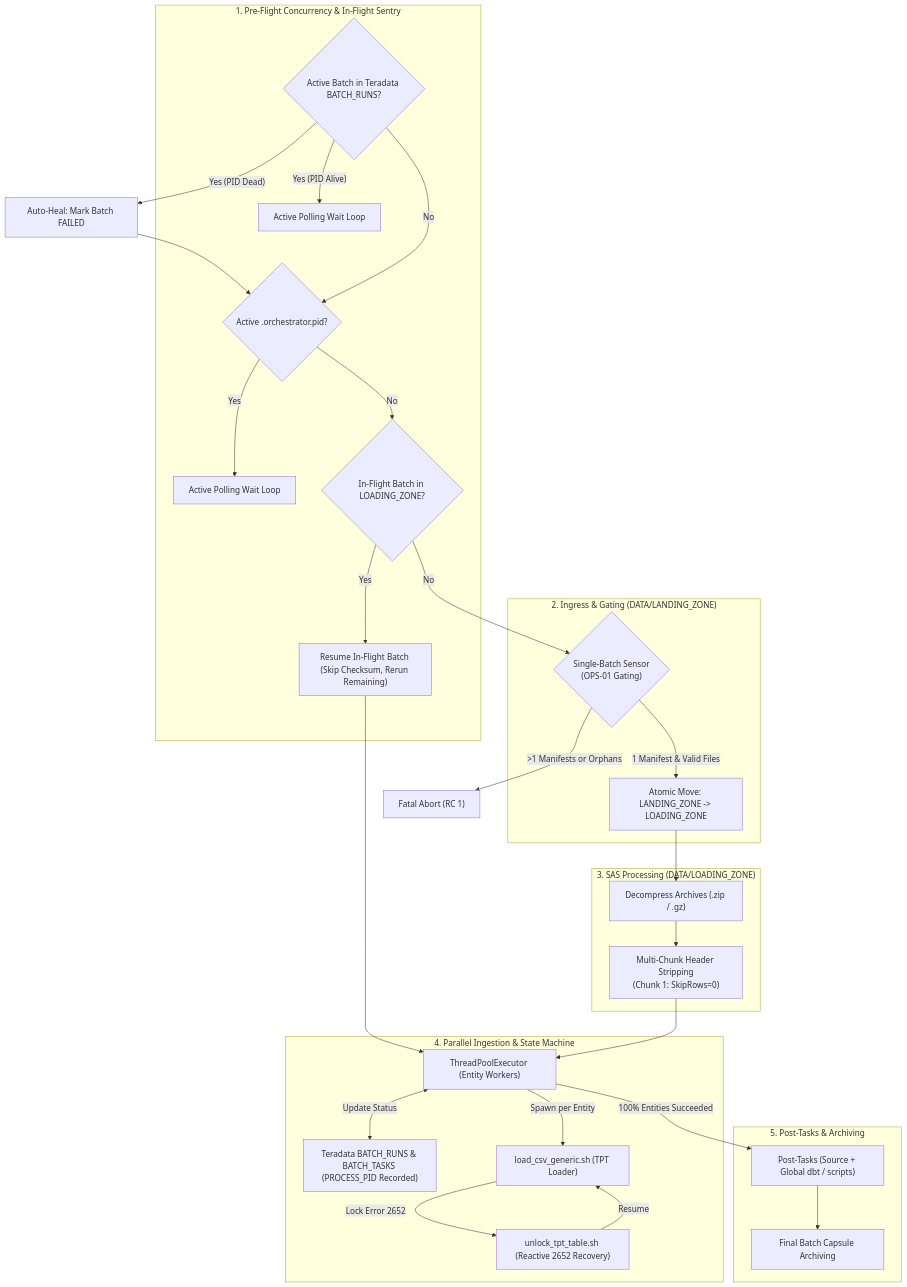
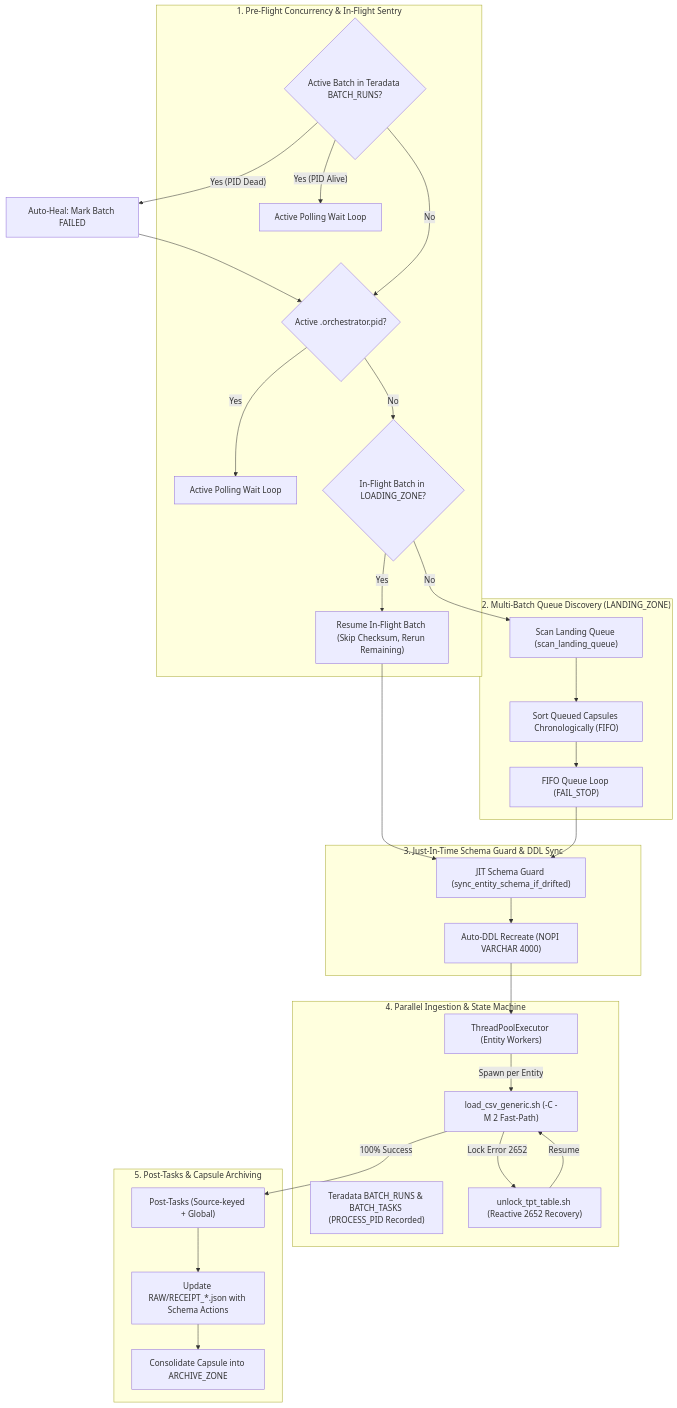
The diagram in docs/01_user_how_to_guide.md (manisadegh/DATA_INGESTION_ORCHESTRATOR), drawn with Mermaid before and after one commit. The commit also changed other lines of this file and 5 other files, not shown here.

Commit message:
feat(orchestrator): implement multi-batch FIFO queue consumer, JIT schema guard, and descriptor validation

````diff
--- a/docs/01_user_how_to_guide.md
+++ b/docs/01_user_how_to_guide.md
@@ -7,47 +7,47 @@
 ```mermaid
 flowchart TD
     subgraph SENTRY["1. Pre-Flight Concurrency & In-Flight Sentry"]
         DBSentry{"Active Batch in Teradata BATCH_RUNS?"}
         WaitDB["Active Polling Wait Loop"]
         PIDSentry{"Active .orchestrator.pid?"}
         WaitPID["Active Polling Wait Loop"]
         InFlightCheck{"In-Flight Batch in LOADING_ZONE?"}
         ResumeInFlight["Resume In-Flight Batch (Skip Checksum, Rerun Remaining)"]
     end
 
-    subgraph INGRESS["2. Ingress & Gating (DATA/LANDING_ZONE)"]
-        Gate{"Single-Batch Sensor<br/>(OPS-01 Gating)"}
-        Transfer["Atomic Move: LANDING_ZONE -> LOADING_ZONE"]
+    subgraph QUEUE["2. Multi-Batch Queue Discovery (LANDING_ZONE)"]
+        Scan["Scan Landing Queue (scan_landing_queue)"]
+        FIFO["Sort Queued Capsules Chronologically (FIFO)"]
+        Loop["FIFO Queue Loop (FAIL_STOP)"]
     end
 
-    subgraph ISOLATION["3. SAS Processing (DATA/LOADING_ZONE)"]
-        Decomp["Decompress Archives (.zip / .gz)"]
-        Norm["Multi-Chunk Header Stripping<br/>(Chunk 1: SkipRows=0)"]
+    subgraph PREP["3. Just-In-Time Schema Guard & DDL Sync"]
+        JIT["JIT Schema Guard (sync_entity_schema_if_drifted)"]
+        DDL["Auto-DDL Recreate (NOPI VARCHAR 4000)"]
     end
 
     subgraph EXEC["4. Parallel Ingestion & State Machine"]
         Pool["ThreadPoolExecutor (Entity Workers)"]
         State["Teradata BATCH_RUNS & BATCH_TASKS (PROCESS_PID Recorded)"]
-        TPT["load_csv_generic.sh (TPT Loader)"]
+        TPT["load_csv_generic.sh (-C -M 2 Fast-Path)"]
         Unlock["unlock_tpt_table.sh (Reactive 2652 Recovery)"]
     end
 
-    subgraph EGRESS["5. Post-Tasks & Archiving"]
-        Post["Post-Tasks (Source + Global dbt / scripts)"]
-        Archive["Final Batch Capsule Archiving"]
+    subgraph EGRESS["5. Post-Tasks & Capsule Archiving"]
+        Post["Post-Tasks (Source-keyed + Global)"]
+        Receipt["Update RAW/RECEIPT_*.json with Schema Actions"]
+        Archive["Consolidate Capsule into ARCHIVE_ZONE"]
     end
 
     DBSentry -- Yes (PID Alive) --> WaitDB
     DBSentry -- Yes (PID Dead) --> Heal["Auto-Heal: Mark Batch FAILED"] --> PIDSentry
     DBSentry -- No --> PIDSentry
     PIDSentry -- Yes --> WaitPID
     PIDSentry -- No --> InFlightCheck
-    InFlightCheck -- Yes --> ResumeInFlight --> Pool
-    InFlightCheck -- No --> Gate
-    Gate -->|1 Manifest & Valid Files| Transfer --> Decomp --> Norm --> Pool
-    Gate -->|>1 Manifests or Orphans| Abort["Fatal Abort (RC 1)"]
+    InFlightCheck -- Yes --> ResumeInFlight --> JIT
+    InFlightCheck -- No --> Scan --> FIFO --> Loop
+    Loop --> JIT --> DDL --> Pool
     Pool -->|Spawn per Entity| TPT
     TPT -->|Lock Error 2652| Unlock -->|Resume| TPT
-    Pool <-->|Update Status| State
-    Pool -->|100% Entities Succeeded| Post --> Archive
+    TPT -->|100% Success| Post --> Receipt --> Archive
 ```
````
